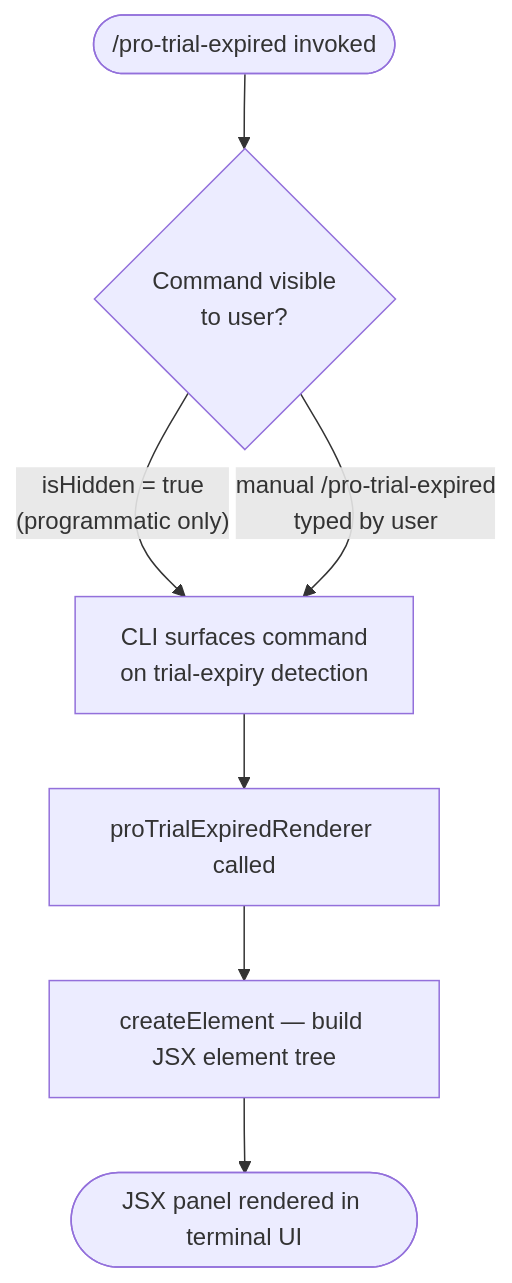
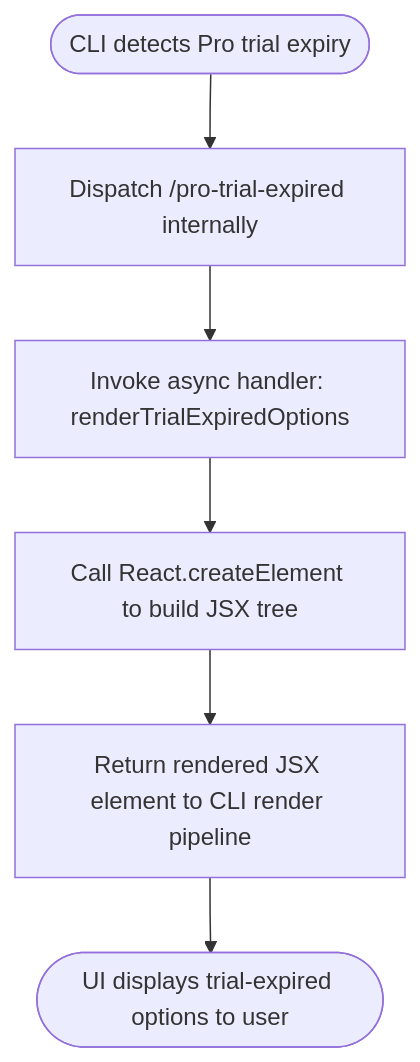
Before and after one commit to MyLittleLuckyDog/cc-gnothi: the diagram in versions/v2.1.132/pro-trial-expired.md, drawn with Mermaid. The commit also changed other lines of this file and 96 other files, not shown here.

````diff
--- a/versions/v2.1.132/pro-trial-expired.md
+++ b/versions/v2.1.132/pro-trial-expired.md
@@ -46,9 +60,8 @@
 ```mermaid
 flowchart TD
-    A(["/pro-trial-expired invoked"]) --> B{Command visible\nto user?}
-    B -- "isHidden = true\n(programmatic only)" --> C[CLI surfaces command\non trial-expiry detection]
-    B -- "manual /pro-trial-expired\ntyped by user" --> C
-    C --> D[proTrialExpiredRenderer called]
-    D --> E[createElement — build JSX element tree]
-    E --> F([JSX panel rendered in terminal UI])
+    A([CLI detects Pro trial expiry]) --> B[Dispatch /pro-trial-expired internally]
+    B --> C[Invoke async handler: renderTrialExpiredOptions]
+    C --> D[Call React.createElement to build JSX tree]
+    D --> E[Return rendered JSX element to CLI render pipeline]
+    E --> F([UI displays trial-expired options to user])
 ```
````
